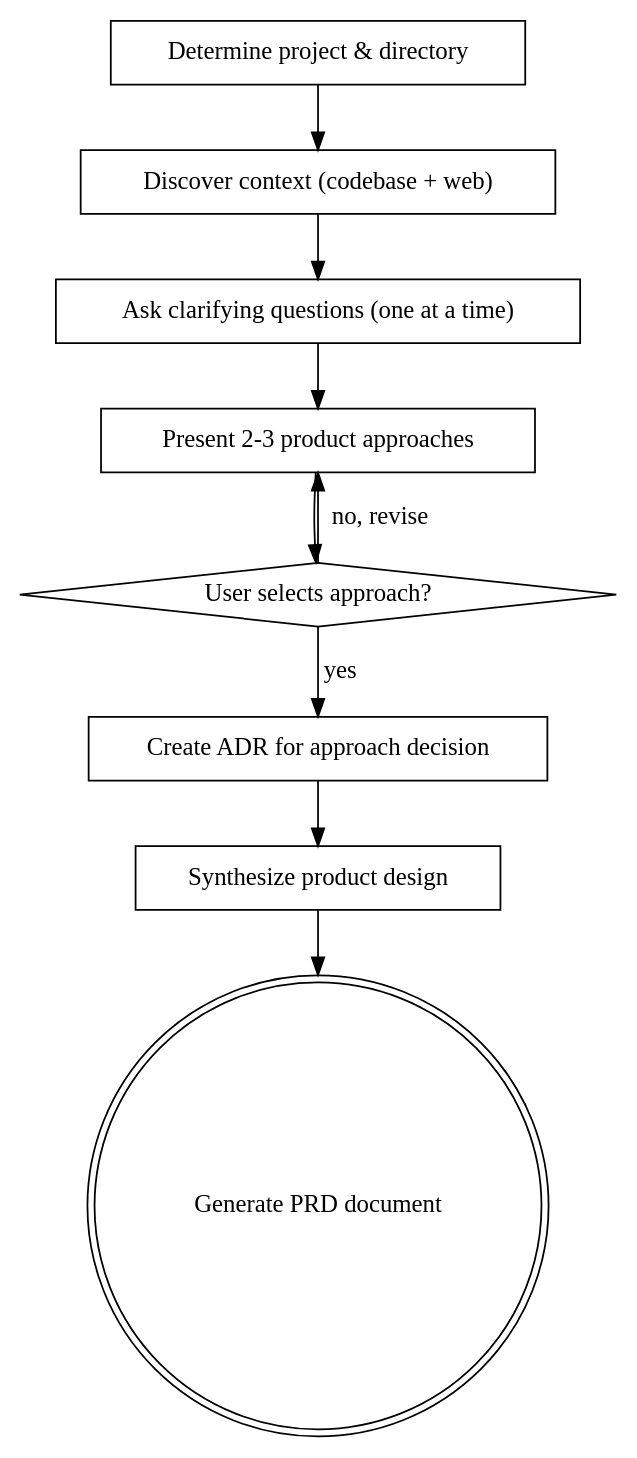
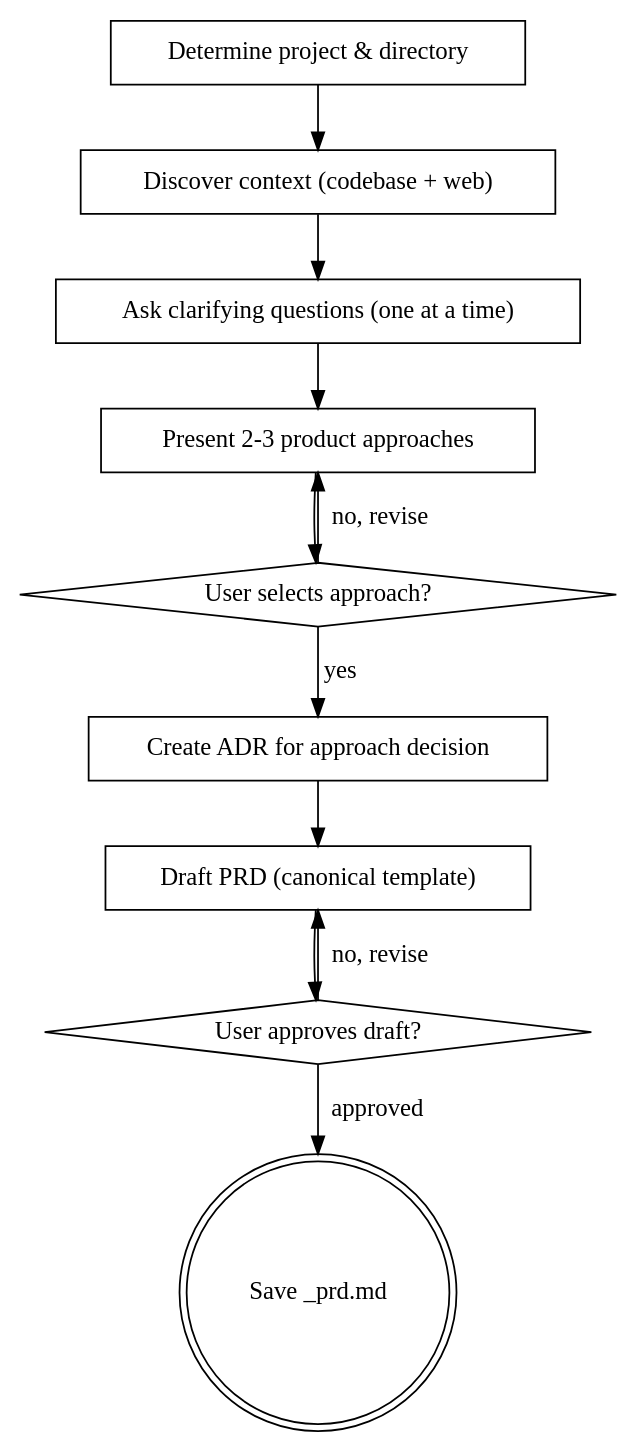
One commit to compozy/agh changed the diagram in .agents/skills/cy-create-prd/SKILL.md. Above: the diagram before and after it, drawn with Graphviz. The commit also changed other lines of this file and 11 other files, not shown here.

````diff
--- a/.agents/skills/cy-create-prd/SKILL.md
+++ b/.agents/skills/cy-create-prd/SKILL.md
@@ -107,21 +143,24 @@
 ```dot
 digraph create_prd {
     "Determine project & directory" [shape=box];
     "Discover context (codebase + web)" [shape=box];
     "Ask clarifying questions (one at a time)" [shape=box];
     "Present 2-3 product approaches" [shape=box];
     "User selects approach?" [shape=diamond];
     "Create ADR for approach decision" [shape=box];
-    "Synthesize product design" [shape=box];
-    "Generate PRD document" [shape=doublecircle];
+    "Draft PRD (canonical template)" [shape=box];
+    "User approves draft?" [shape=diamond];
+    "Save _prd.md" [shape=doublecircle];
 
     "Determine project & directory" -> "Discover context (codebase + web)";
     "Discover context (codebase + web)" -> "Ask clarifying questions (one at a time)";
     "Ask clarifying questions (one at a time)" -> "Present 2-3 product approaches";
     "Present 2-3 product approaches" -> "User selects approach?";
     "User selects approach?" -> "Present 2-3 product approaches" [label="no, revise"];
     "User selects approach?" -> "Create ADR for approach decision" [label="yes"];
-    "Create ADR for approach decision" -> "Synthesize product design";
-    "Synthesize product design" -> "Generate PRD document";
+    "Create ADR for approach decision" -> "Draft PRD (canonical template)";
+    "Draft PRD (canonical template)" -> "User approves draft?";
+    "User approves draft?" -> "Draft PRD (canonical template)" [label="no, revise"];
+    "User approves draft?" -> "Save _prd.md" [label="approved"];
 }
 ```
````
